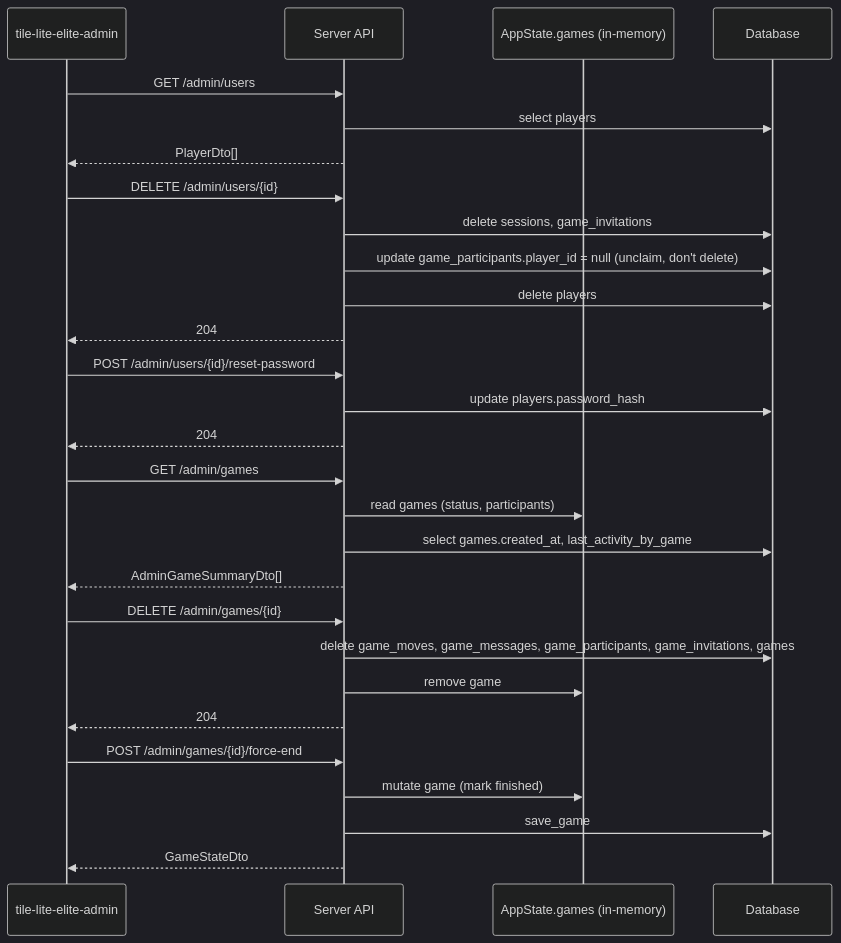
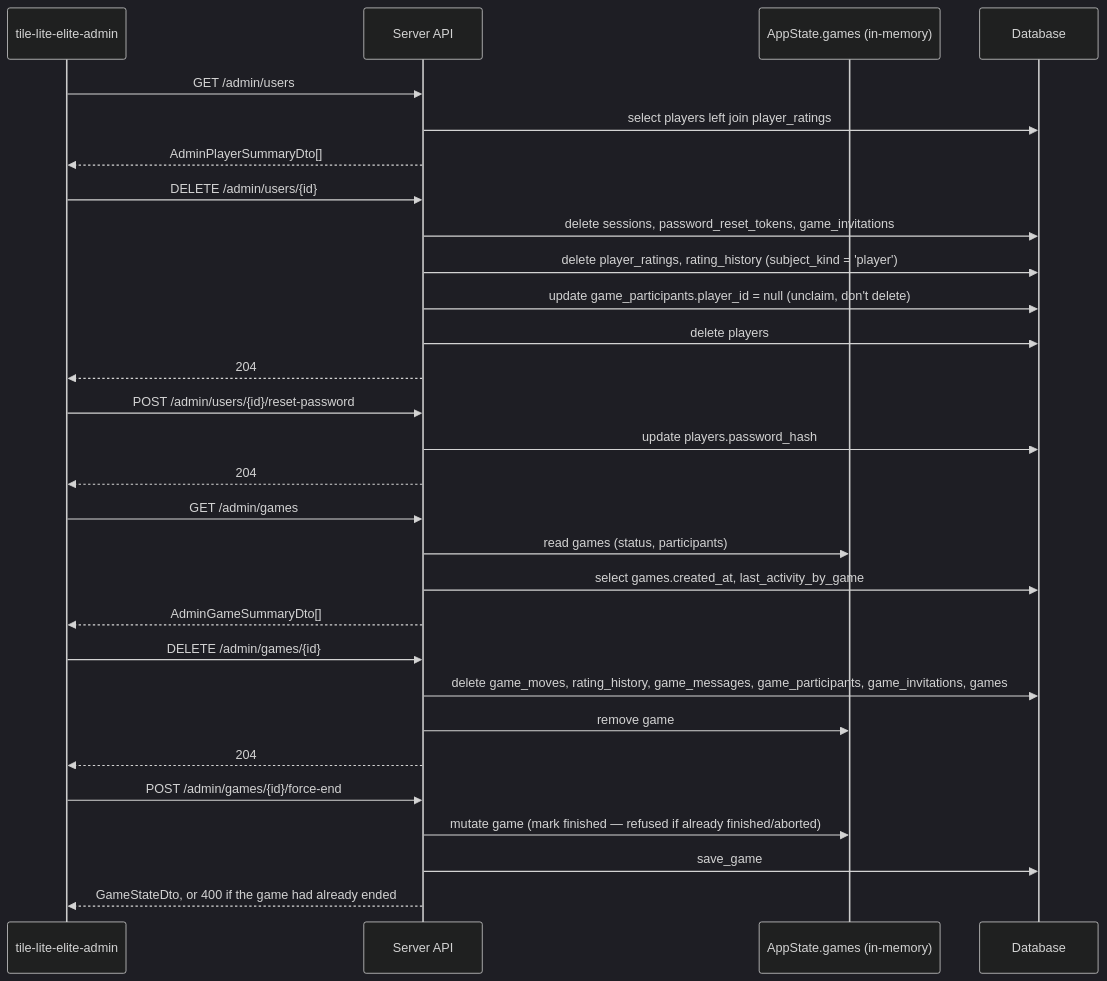
Before and after one commit to SteveStyle/scrabble-px: the ninth of 9 diagrams in docs/4.3-api-schema.md, drawn with Mermaid (dark theme). The commit also changed other lines of this file and 5 other files, not shown here.

````diff
--- a/docs/4.3-api-schema.md
+++ b/docs/4.3-api-schema.md
@@ -454,36 +501,37 @@
 ```mermaid
 sequenceDiagram
     participant CLI as tile-lite-elite-admin
     participant API as Server API
     participant Mem as AppState.games (in-memory)
     participant DB as Database
 
     CLI->>API: GET /admin/users
-    API->>DB: select players
-    API-->>CLI: PlayerDto[]
+    API->>DB: select players left join player_ratings
+    API-->>CLI: AdminPlayerSummaryDto[]
 
     CLI->>API: DELETE /admin/users/{id}
-    API->>DB: delete sessions, game_invitations
+    API->>DB: delete sessions, password_reset_tokens, game_invitations
+    API->>DB: delete player_ratings, rating_history (subject_kind = 'player')
     API->>DB: update game_participants.player_id = null (unclaim, don't delete)
     API->>DB: delete players
     API-->>CLI: 204
 
     CLI->>API: POST /admin/users/{id}/reset-password
     API->>DB: update players.password_hash
     API-->>CLI: 204
 
     CLI->>API: GET /admin/games
     API->>Mem: read games (status, participants)
     API->>DB: select games.created_at, last_activity_by_game
     API-->>CLI: AdminGameSummaryDto[]
 
     CLI->>API: DELETE /admin/games/{id}
-    API->>DB: delete game_moves, game_messages, game_participants, game_invitations, games
+    API->>DB: delete game_moves, rating_history, game_messages, game_participants, game_invitations, games
     API->>Mem: remove game
     API-->>CLI: 204
 
     CLI->>API: POST /admin/games/{id}/force-end
-    API->>Mem: mutate game (mark finished)
+    API->>Mem: mutate game (mark finished — refused if already finished/aborted)
     API->>DB: save_game
-    API-->>CLI: GameStateDto
+    API-->>CLI: GameStateDto, or 400 if the game had already ended
 ```
````
